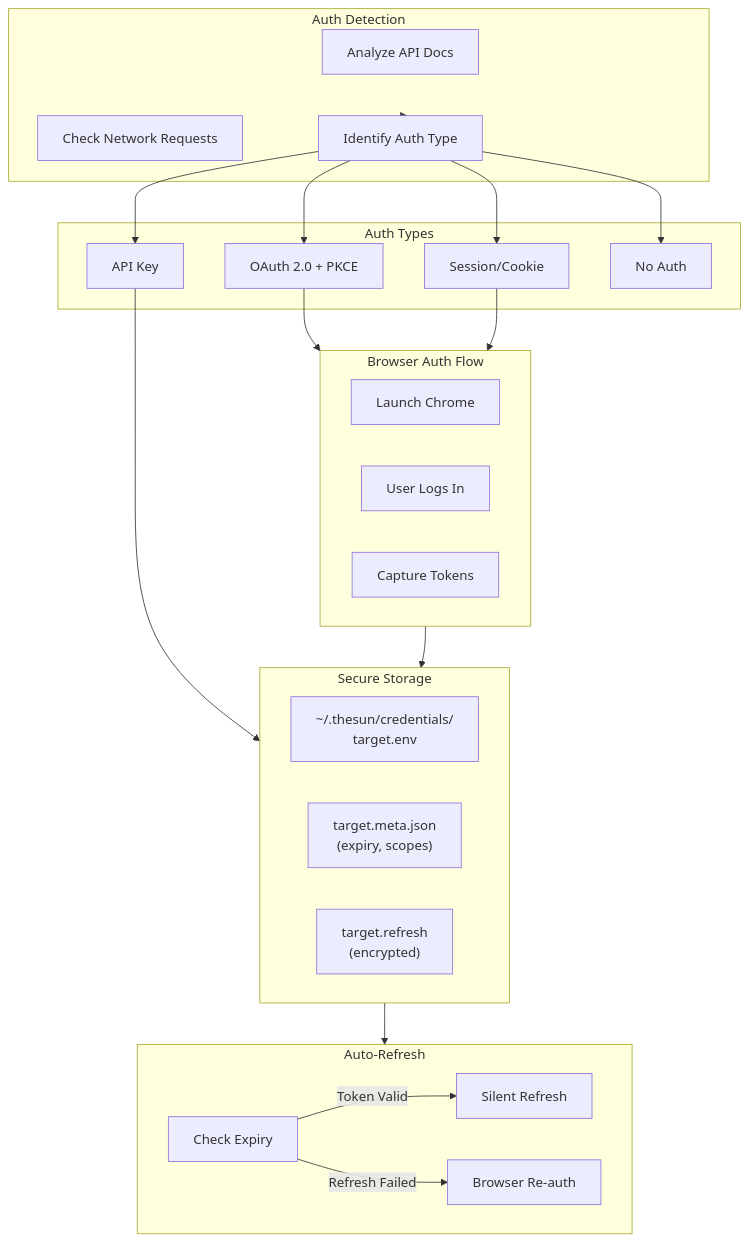
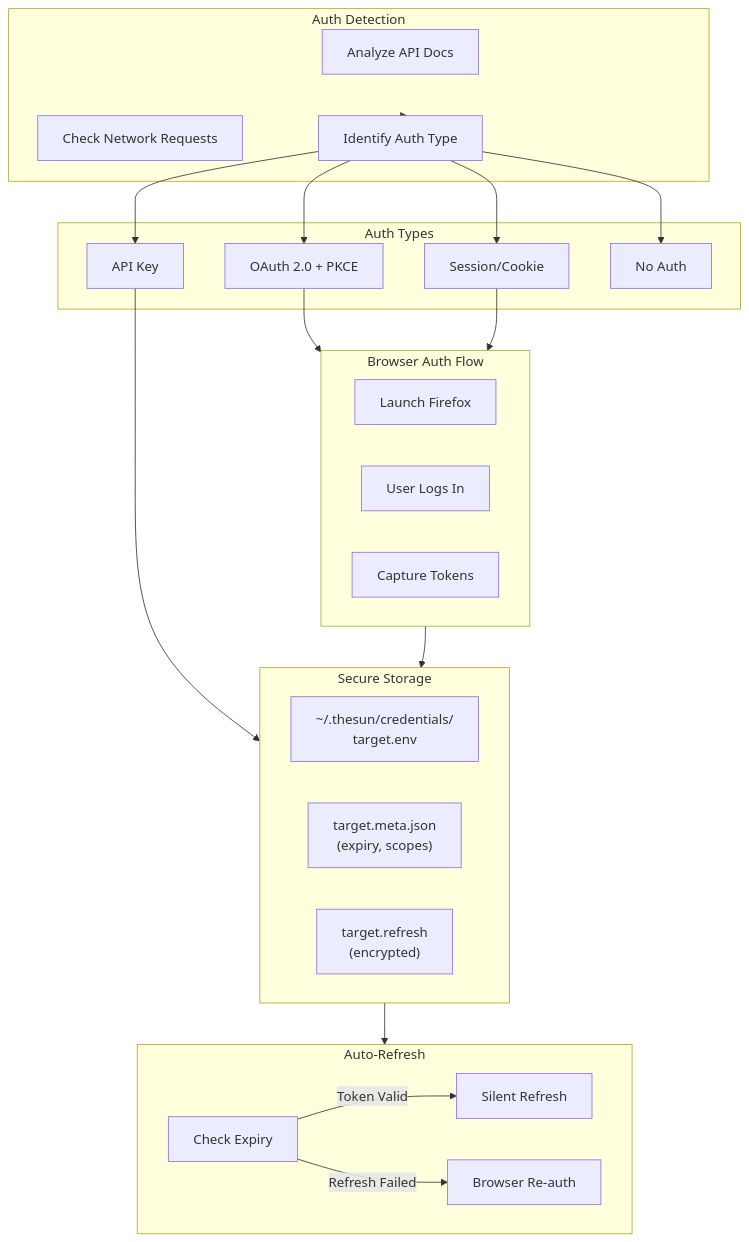
Before and after one commit to schwarztim/thesun: the sixth of 9 diagrams in README.md, drawn with Mermaid. The commit also changed other lines of this file and 8 other files, not shown here.

First line of the commit message:
feat: migrate from chrome-devtools-mcp to firefox-devtools-mcp

````diff
--- a/README.md
+++ b/README.md
@@ -376,46 +376,46 @@
 ```mermaid
 flowchart TB
     subgraph Detection["Auth Detection"]
         ANALYZE["Analyze API Docs"]
         NETWORK["Check Network Requests"]
         DETECT["Identify Auth Type"]
     end
 
     subgraph AuthTypes["Auth Types"]
         OAUTH["OAuth 2.0 + PKCE"]
         APIKEY["API Key"]
         SESSION["Session/Cookie"]
         NONE["No Auth"]
     end
 
     subgraph BrowserFlow["Browser Auth Flow"]
-        LAUNCH["Launch Chrome"]
+        LAUNCH["Launch Firefox"]
         LOGIN["User Logs In"]
         CAPTURE["Capture Tokens"]
     end
 
     subgraph Storage["Secure Storage"]
         ENV["~/.thesun/credentials/<br/>target.env"]
         META["target.meta.json<br/>(expiry, scopes)"]
         REFRESH["target.refresh<br/>(encrypted)"]
     end
 
     subgraph AutoRefresh["Auto-Refresh"]
         CHECK["Check Expiry"]
         SILENT["Silent Refresh"]
         BROWSER["Browser Re-auth"]
     end
 
     Detection --> DETECT
     DETECT --> OAUTH & APIKEY & SESSION & NONE
 
     OAUTH --> BrowserFlow
     SESSION --> BrowserFlow
     APIKEY --> Storage
 
     BrowserFlow --> Storage
     Storage --> AutoRefresh
 
     CHECK -->|Token Valid| SILENT
     CHECK -->|Refresh Failed| BROWSER
 ```
````
